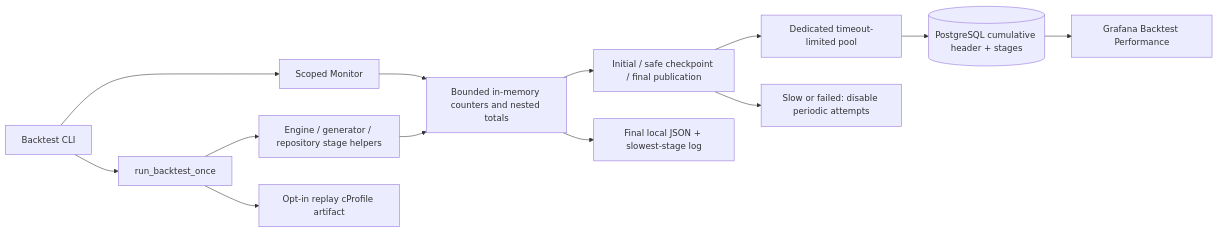
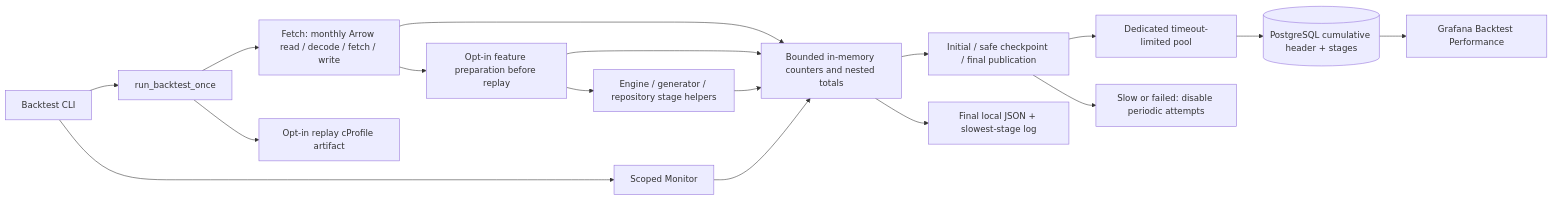
The diagram in .claude/architecture/diagrams/backtest-performance.mmd (pasTa4667/carcharoth), drawn with Mermaid before and after one commit. The commit also changed 30 other files, not shown here.

```diff
--- a/.claude/architecture/diagrams/backtest-performance.mmd
+++ b/.claude/architecture/diagrams/backtest-performance.mmd
@@ -1,13 +1,17 @@
 flowchart LR
     CLI[Backtest CLI] --> M[Scoped Monitor]
     CLI --> R[run_backtest_once]
-    R --> S[Engine / generator / repository stage helpers]
+    R --> CACHE[Fetch: monthly Arrow read / decode / fetch / write]
+    CACHE --> PREP[Opt-in feature preparation before replay]
+    PREP --> S[Engine / generator / repository stage helpers]
+    CACHE --> A
+    PREP --> A
     S --> A[Bounded in-memory counters and nested totals]
     M --> A
     A --> C[Initial / safe checkpoint / final publication]
     C --> P[Dedicated timeout-limited pool]
     P --> DB[(PostgreSQL cumulative header + stages)]
     DB --> G[Grafana Backtest Performance]
     C --> F[Slow or failed: disable periodic attempts]
     A --> J[Final local JSON + slowest-stage log]
     R --> O[Opt-in replay cProfile artifact]
```
